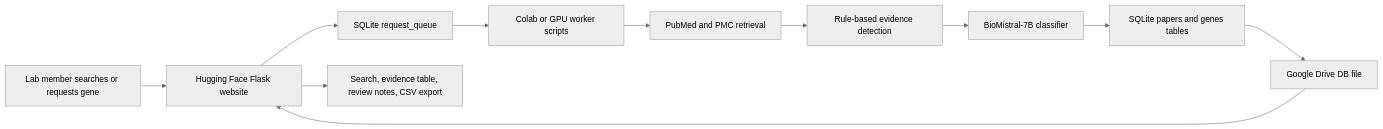
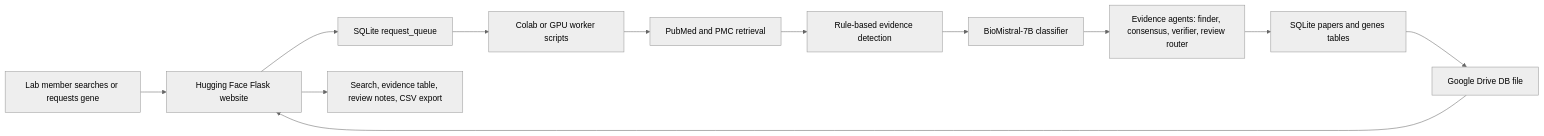
The first of 2 diagrams in README.md (rf2960/pubmed-llm), drawn with Mermaid (neutral theme) before and after one commit. The commit also changed other lines of this file and 7 other files, not shown here.

````diff
--- a/README.md
+++ b/README.md
@@ -13,13 +13,14 @@
 ```mermaid
 flowchart LR
     A["Lab member searches or requests gene"] --> B["Hugging Face Flask website"]
     B --> C["SQLite request_queue"]
     C --> D["Colab or GPU worker scripts"]
     D --> E["PubMed and PMC retrieval"]
     E --> F["Rule-based evidence detection"]
     F --> G["BioMistral-7B classifier"]
-    G --> H["SQLite papers and genes tables"]
-    H --> I["Google Drive DB file"]
-    I --> B
-    B --> J["Search, evidence table, review notes, CSV export"]
+    G --> H["Evidence agents: finder, consensus, verifier, review router"]
+    H --> I["SQLite papers and genes tables"]
+    I --> J["Google Drive DB file"]
+    J --> B
+    B --> K["Search, evidence table, review notes, CSV export"]
 ```
````
